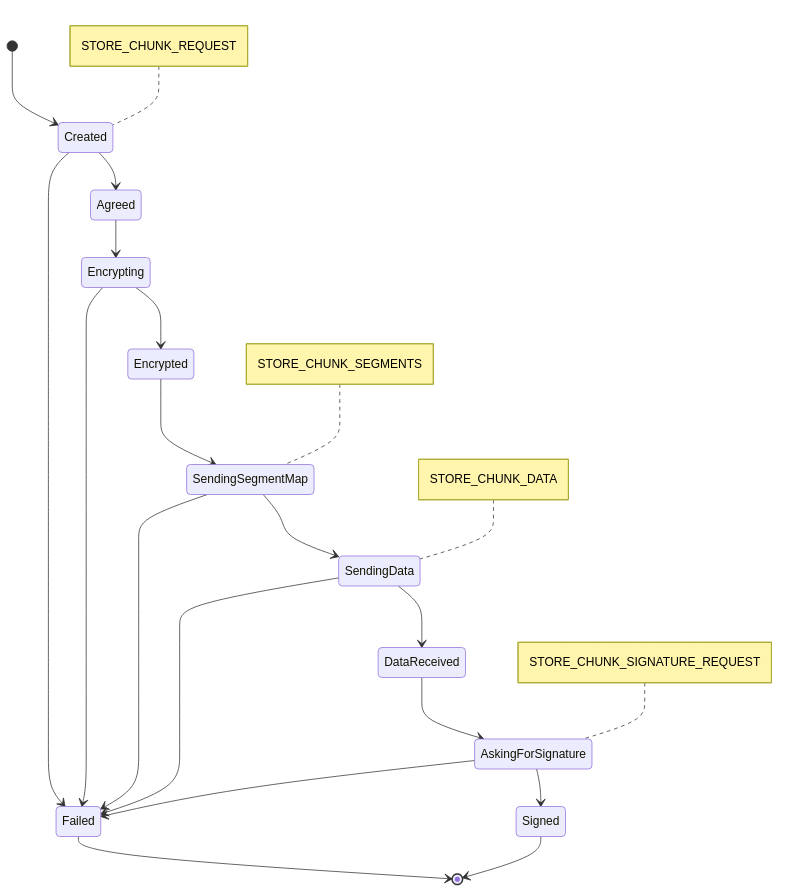
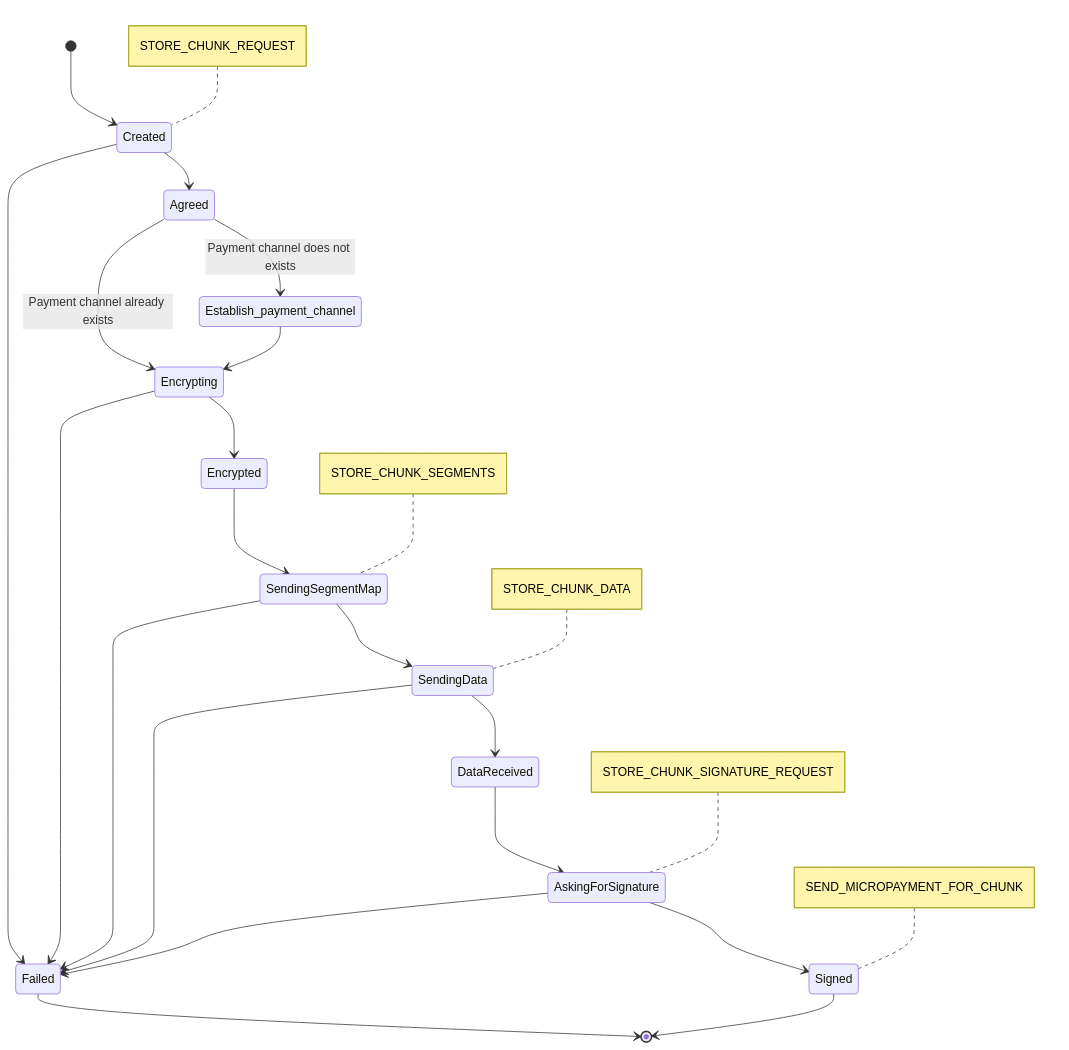
One commit to pointnetwork/pointnetwork.github.io changed the third of 3 diagrams in docs/storage.md. Above: the diagram before and after it, drawn with Mermaid. The commit also changed other lines of this file, not shown here.

````diff
--- a/docs/storage.md
+++ b/docs/storage.md
@@ -38,23 +38,26 @@
 ```mermaid
 stateDiagram-v2
   [*] --> Created
   Created --> Agreed
   Created --> Failed
   note left of Created: STORE_CHUNK_REQUEST
-  Agreed --> Encrypting
+  Agreed --> Establish_payment_channel:Payment channel does not exists
+  Agreed --> Encrypting:Payment channel already exists
+  Establish_payment_channel --> Encrypting
   Encrypting --> Encrypted
   Encrypting --> Failed
   Encrypted --> SendingSegmentMap
   note left of SendingSegmentMap: STORE_CHUNK_SEGMENTS
   SendingSegmentMap --> SendingData
   note left of SendingData: STORE_CHUNK_DATA
   SendingSegmentMap --> Failed
   SendingData --> DataReceived
   SendingData --> Failed
   DataReceived --> AskingForSignature
   AskingForSignature --> Signed
   AskingForSignature --> Failed
   note left of AskingForSignature: STORE_CHUNK_SIGNATURE_REQUEST
   Failed --> [*]
   Signed --> [*]
+  note left of Signed: SEND_MICROPAYMENT_FOR_CHUNK
 ```
````
